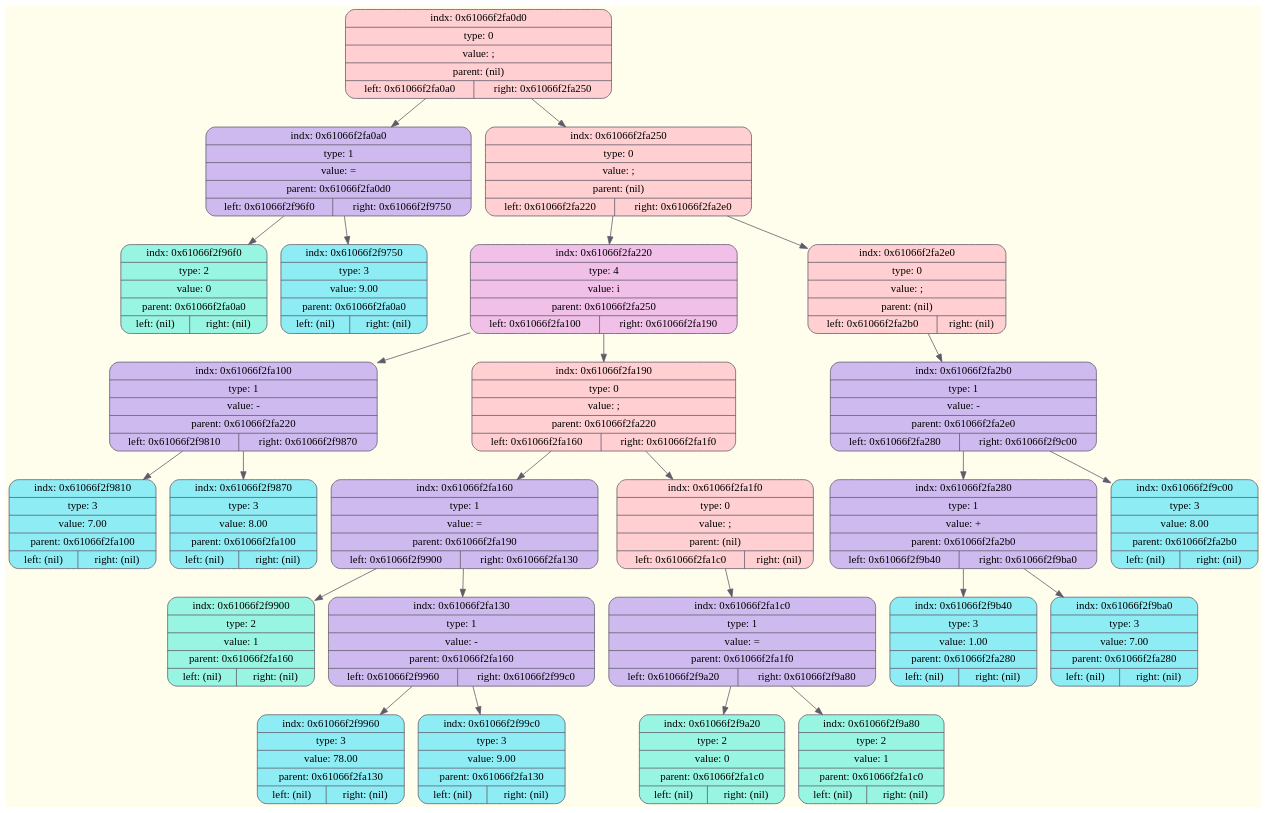
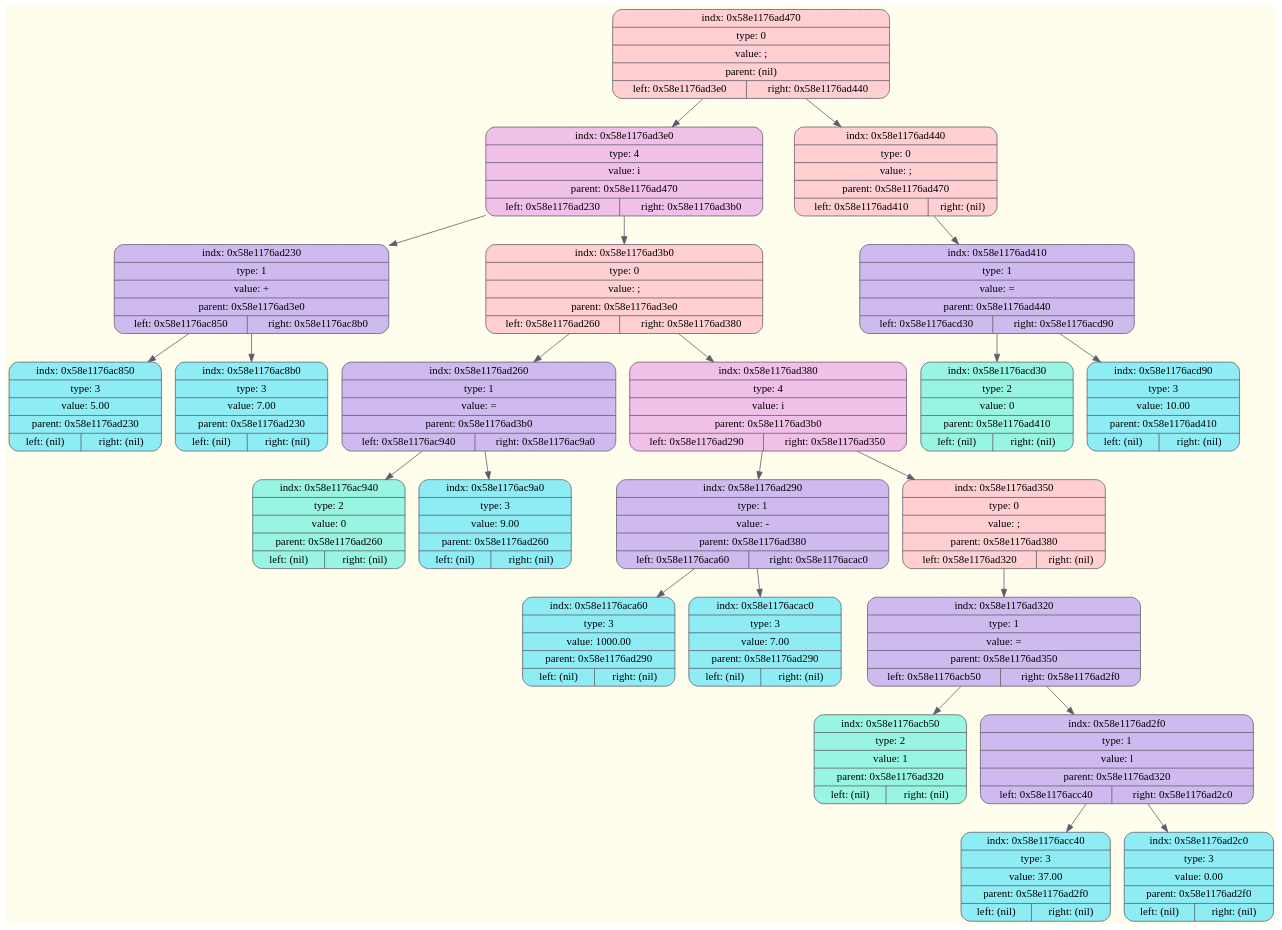
Before and after one commit to ksshkh/language: the diagram in frontend/debug/tree.dot, drawn with Graphviz. The commit also changed 6 other files, not shown here.

```diff
--- a/frontend/debug/tree.dot
+++ b/frontend/debug/tree.dot
@@ -1,55 +1,51 @@
 digraph Tree {
 	rankdir = TB;
 	node [shape = record];
 	edge [color = "#5F5B6A"];
 	bgcolor = "#FFFEEC";
-	node0x61066f2fa0d0 [color = "#5F5B6A", shape = Mrecord, style = filled, fillcolor = "#FFCFD2", label = "{indx: 0x61066f2fa0d0 | type: 0 | value: ; | parent: (nil) | { left: 0x61066f2fa0a0 | right: 0x61066f2fa250}}"];
-		node0x61066f2fa0d0 -> node0x61066f2fa0a0
-	node0x61066f2fa0a0 [color = "#5F5B6A", shape = Mrecord, style = filled, fillcolor = "#CFBAF0", label = "{indx: 0x61066f2fa0a0 | type: 1 | value: = | parent: 0x61066f2fa0d0 | { left: 0x61066f2f96f0 | right: 0x61066f2f9750}}"];
-		node0x61066f2fa0a0 -> node0x61066f2f96f0
-	node0x61066f2f96f0 [color = "#5F5B6A", shape = Mrecord, style = filled, fillcolor = "#98F5E1", label = "{indx: 0x61066f2f96f0 | type: 2 | value: 0 | parent: 0x61066f2fa0a0 | { left: (nil) | right: (nil)}}"];
-		node0x61066f2fa0a0 -> node0x61066f2f9750
-	node0x61066f2f9750 [color = "#5F5B6A", shape = Mrecord, style = filled, fillcolor = "#8EECF5", label = "{indx: 0x61066f2f9750 | type: 3 | value: 9.00 | parent: 0x61066f2fa0a0 | { left: (nil) | right: (nil)}}"];
-		node0x61066f2fa0d0 -> node0x61066f2fa250
-	node0x61066f2fa250 [color = "#5F5B6A", shape = Mrecord, style = filled, fillcolor = "#FFCFD2", label = "{indx: 0x61066f2fa250 | type: 0 | value: ; | parent: (nil) | { left: 0x61066f2fa220 | right: 0x61066f2fa2e0}}"];
-		node0x61066f2fa250 -> node0x61066f2fa220
-	node0x61066f2fa220 [color = "#5F5B6A", shape = Mrecord, style = filled, fillcolor = "#F1C0E8", label = "{indx: 0x61066f2fa220 | type: 4 | value: i | parent: 0x61066f2fa250 | { left: 0x61066f2fa100 | right: 0x61066f2fa190}}"];
-		node0x61066f2fa220 -> node0x61066f2fa100
-	node0x61066f2fa100 [color = "#5F5B6A", shape = Mrecord, style = filled, fillcolor = "#CFBAF0", label = "{indx: 0x61066f2fa100 | type: 1 | value: - | parent: 0x61066f2fa220 | { left: 0x61066f2f9810 | right: 0x61066f2f9870}}"];
-		node0x61066f2fa100 -> node0x61066f2f9810
-	node0x61066f2f9810 [color = "#5F5B6A", shape = Mrecord, style = filled, fillcolor = "#8EECF5", label = "{indx: 0x61066f2f9810 | type: 3 | value: 7.00 | parent: 0x61066f2fa100 | { left: (nil) | right: (nil)}}"];
-		node0x61066f2fa100 -> node0x61066f2f9870
-	node0x61066f2f9870 [color = "#5F5B6A", shape = Mrecord, style = filled, fillcolor = "#8EECF5", label = "{indx: 0x61066f2f9870 | type: 3 | value: 8.00 | parent: 0x61066f2fa100 | { left: (nil) | right: (nil)}}"];
-		node0x61066f2fa220 -> node0x61066f2fa190
-	node0x61066f2fa190 [color = "#5F5B6A", shape = Mrecord, style = filled, fillcolor = "#FFCFD2", label = "{indx: 0x61066f2fa190 | type: 0 | value: ; | parent: 0x61066f2fa220 | { left: 0x61066f2fa160 | right: 0x61066f2fa1f0}}"];
-		node0x61066f2fa190 -> node0x61066f2fa160
-	node0x61066f2fa160 [color = "#5F5B6A", shape = Mrecord, style = filled, fillcolor = "#CFBAF0", label = "{indx: 0x61066f2fa160 | type: 1 | value: = | parent: 0x61066f2fa190 | { left: 0x61066f2f9900 | right: 0x61066f2fa130}}"];
-		node0x61066f2fa160 -> node0x61066f2f9900
-	node0x61066f2f9900 [color = "#5F5B6A", shape = Mrecord, style = filled, fillcolor = "#98F5E1", label = "{indx: 0x61066f2f9900 | type: 2 | value: 1 | parent: 0x61066f2fa160 | { left: (nil) | right: (nil)}}"];
-		node0x61066f2fa160 -> node0x61066f2fa130
-	node0x61066f2fa130 [color = "#5F5B6A", shape = Mrecord, style = filled, fillcolor = "#CFBAF0", label = "{indx: 0x61066f2fa130 | type: 1 | value: - | parent: 0x61066f2fa160 | { left: 0x61066f2f9960 | right: 0x61066f2f99c0}}"];
-		node0x61066f2fa130 -> node0x61066f2f9960
-	node0x61066f2f9960 [color = "#5F5B6A", shape = Mrecord, style = filled, fillcolor = "#8EECF5", label = "{indx: 0x61066f2f9960 | type: 3 | value: 78.00 | parent: 0x61066f2fa130 | { left: (nil) | right: (nil)}}"];
-		node0x61066f2fa130 -> node0x61066f2f99c0
-	node0x61066f2f99c0 [color = "#5F5B6A", shape = Mrecord, style = filled, fillcolor = "#8EECF5", label = "{indx: 0x61066f2f99c0 | type: 3 | value: 9.00 | parent: 0x61066f2fa130 | { left: (nil) | right: (nil)}}"];
-		node0x61066f2fa190 -> node0x61066f2fa1f0
-	node0x61066f2fa1f0 [color = "#5F5B6A", shape = Mrecord, style = filled, fillcolor = "#FFCFD2", label = "{indx: 0x61066f2fa1f0 | type: 0 | value: ; | parent: (nil) | { left: 0x61066f2fa1c0 | right: (nil)}}"];
-		node0x61066f2fa1f0 -> node0x61066f2fa1c0
-	node0x61066f2fa1c0 [color = "#5F5B6A", shape = Mrecord, style = filled, fillcolor = "#CFBAF0", label = "{indx: 0x61066f2fa1c0 | type: 1 | value: = | parent: 0x61066f2fa1f0 | { left: 0x61066f2f9a20 | right: 0x61066f2f9a80}}"];
-		node0x61066f2fa1c0 -> node0x61066f2f9a20
-	node0x61066f2f9a20 [color = "#5F5B6A", shape = Mrecord, style = filled, fillcolor = "#98F5E1", label = "{indx: 0x61066f2f9a20 | type: 2 | value: 0 | parent: 0x61066f2fa1c0 | { left: (nil) | right: (nil)}}"];
-		node0x61066f2fa1c0 -> node0x61066f2f9a80
-	node0x61066f2f9a80 [color = "#5F5B6A", shape = Mrecord, style = filled, fillcolor = "#98F5E1", label = "{indx: 0x61066f2f9a80 | type: 2 | value: 1 | parent: 0x61066f2fa1c0 | { left: (nil) | right: (nil)}}"];
-		node0x61066f2fa250 -> node0x61066f2fa2e0
-	node0x61066f2fa2e0 [color = "#5F5B6A", shape = Mrecord, style = filled, fillcolor = "#FFCFD2", label = "{indx: 0x61066f2fa2e0 | type: 0 | value: ; | parent: (nil) | { left: 0x61066f2fa2b0 | right: (nil)}}"];
-		node0x61066f2fa2e0 -> node0x61066f2fa2b0
-	node0x61066f2fa2b0 [color = "#5F5B6A", shape = Mrecord, style = filled, fillcolor = "#CFBAF0", label = "{indx: 0x61066f2fa2b0 | type: 1 | value: - | parent: 0x61066f2fa2e0 | { left: 0x61066f2fa280 | right: 0x61066f2f9c00}}"];
-		node0x61066f2fa2b0 -> node0x61066f2fa280
-	node0x61066f2fa280 [color = "#5F5B6A", shape = Mrecord, style = filled, fillcolor = "#CFBAF0", label = "{indx: 0x61066f2fa280 | type: 1 | value: + | parent: 0x61066f2fa2b0 | { left: 0x61066f2f9b40 | right: 0x61066f2f9ba0}}"];
-		node0x61066f2fa280 -> node0x61066f2f9b40
-	node0x61066f2f9b40 [color = "#5F5B6A", shape = Mrecord, style = filled, fillcolor = "#8EECF5", label = "{indx: 0x61066f2f9b40 | type: 3 | value: 1.00 | parent: 0x61066f2fa280 | { left: (nil) | right: (nil)}}"];
-		node0x61066f2fa280 -> node0x61066f2f9ba0
-	node0x61066f2f9ba0 [color = "#5F5B6A", shape = Mrecord, style = filled, fillcolor = "#8EECF5", label = "{indx: 0x61066f2f9ba0 | type: 3 | value: 7.00 | parent: 0x61066f2fa280 | { left: (nil) | right: (nil)}}"];
-		node0x61066f2fa2b0 -> node0x61066f2f9c00
-	node0x61066f2f9c00 [color = "#5F5B6A", shape = Mrecord, style = filled, fillcolor = "#8EECF5", label = "{indx: 0x61066f2f9c00 | type: 3 | value: 8.00 | parent: 0x61066f2fa2b0 | { left: (nil) | right: (nil)}}"];
+	node0x58e1176ad470 [color = "#5F5B6A", shape = Mrecord, style = filled, fillcolor = "#FFCFD2", label = "{indx: 0x58e1176ad470 | type: 0 | value: ; | parent: (nil) | { left: 0x58e1176ad3e0 | right: 0x58e1176ad440}}"];
+		node0x58e1176ad470 -> node0x58e1176ad3e0
+	node0x58e1176ad3e0 [color = "#5F5B6A", shape = Mrecord, style = filled, fillcolor = "#F1C0E8", label = "{indx: 0x58e1176ad3e0 | type: 4 | value: i | parent: 0x58e1176ad470 | { left: 0x58e1176ad230 | right: 0x58e1176ad3b0}}"];
+		node0x58e1176ad3e0 -> node0x58e1176ad230
+	node0x58e1176ad230 [color = "#5F5B6A", shape = Mrecord, style = filled, fillcolor = "#CFBAF0", label = "{indx: 0x58e1176ad230 | type: 1 | value: + | parent: 0x58e1176ad3e0 | { left: 0x58e1176ac850 | right: 0x58e1176ac8b0}}"];
+		node0x58e1176ad230 -> node0x58e1176ac850
+	node0x58e1176ac850 [color = "#5F5B6A", shape = Mrecord, style = filled, fillcolor = "#8EECF5", label = "{indx: 0x58e1176ac850 | type: 3 | value: 5.00 | parent: 0x58e1176ad230 | { left: (nil) | right: (nil)}}"];
+		node0x58e1176ad230 -> node0x58e1176ac8b0
+	node0x58e1176ac8b0 [color = "#5F5B6A", shape = Mrecord, style = filled, fillcolor = "#8EECF5", label = "{indx: 0x58e1176ac8b0 | type: 3 | value: 7.00 | parent: 0x58e1176ad230 | { left: (nil) | right: (nil)}}"];
+		node0x58e1176ad3e0 -> node0x58e1176ad3b0
+	node0x58e1176ad3b0 [color = "#5F5B6A", shape = Mrecord, style = filled, fillcolor = "#FFCFD2", label = "{indx: 0x58e1176ad3b0 | type: 0 | value: ; | parent: 0x58e1176ad3e0 | { left: 0x58e1176ad260 | right: 0x58e1176ad380}}"];
+		node0x58e1176ad3b0 -> node0x58e1176ad260
+	node0x58e1176ad260 [color = "#5F5B6A", shape = Mrecord, style = filled, fillcolor = "#CFBAF0", label = "{indx: 0x58e1176ad260 | type: 1 | value: = | parent: 0x58e1176ad3b0 | { left: 0x58e1176ac940 | right: 0x58e1176ac9a0}}"];
+		node0x58e1176ad260 -> node0x58e1176ac940
+	node0x58e1176ac940 [color = "#5F5B6A", shape = Mrecord, style = filled, fillcolor = "#98F5E1", label = "{indx: 0x58e1176ac940 | type: 2 | value: 0 | parent: 0x58e1176ad260 | { left: (nil) | right: (nil)}}"];
+		node0x58e1176ad260 -> node0x58e1176ac9a0
+	node0x58e1176ac9a0 [color = "#5F5B6A", shape = Mrecord, style = filled, fillcolor = "#8EECF5", label = "{indx: 0x58e1176ac9a0 | type: 3 | value: 9.00 | parent: 0x58e1176ad260 | { left: (nil) | right: (nil)}}"];
+		node0x58e1176ad3b0 -> node0x58e1176ad380
+	node0x58e1176ad380 [color = "#5F5B6A", shape = Mrecord, style = filled, fillcolor = "#F1C0E8", label = "{indx: 0x58e1176ad380 | type: 4 | value: i | parent: 0x58e1176ad3b0 | { left: 0x58e1176ad290 | right: 0x58e1176ad350}}"];
+		node0x58e1176ad380 -> node0x58e1176ad290
+	node0x58e1176ad290 [color = "#5F5B6A", shape = Mrecord, style = filled, fillcolor = "#CFBAF0", label = "{indx: 0x58e1176ad290 | type: 1 | value: - | parent: 0x58e1176ad380 | { left: 0x58e1176aca60 | right: 0x58e1176acac0}}"];
+		node0x58e1176ad290 -> node0x58e1176aca60
+	node0x58e1176aca60 [color = "#5F5B6A", shape = Mrecord, style = filled, fillcolor = "#8EECF5", label = "{indx: 0x58e1176aca60 | type: 3 | value: 1000.00 | parent: 0x58e1176ad290 | { left: (nil) | right: (nil)}}"];
+		node0x58e1176ad290 -> node0x58e1176acac0
+	node0x58e1176acac0 [color = "#5F5B6A", shape = Mrecord, style = filled, fillcolor = "#8EECF5", label = "{indx: 0x58e1176acac0 | type: 3 | value: 7.00 | parent: 0x58e1176ad290 | { left: (nil) | right: (nil)}}"];
+		node0x58e1176ad380 -> node0x58e1176ad350
+	node0x58e1176ad350 [color = "#5F5B6A", shape = Mrecord, style = filled, fillcolor = "#FFCFD2", label = "{indx: 0x58e1176ad350 | type: 0 | value: ; | parent: 0x58e1176ad380 | { left: 0x58e1176ad320 | right: (nil)}}"];
+		node0x58e1176ad350 -> node0x58e1176ad320
+	node0x58e1176ad320 [color = "#5F5B6A", shape = Mrecord, style = filled, fillcolor = "#CFBAF0", label = "{indx: 0x58e1176ad320 | type: 1 | value: = | parent: 0x58e1176ad350 | { left: 0x58e1176acb50 | right: 0x58e1176ad2f0}}"];
+		node0x58e1176ad320 -> node0x58e1176acb50
+	node0x58e1176acb50 [color = "#5F5B6A", shape = Mrecord, style = filled, fillcolor = "#98F5E1", label = "{indx: 0x58e1176acb50 | type: 2 | value: 1 | parent: 0x58e1176ad320 | { left: (nil) | right: (nil)}}"];
+		node0x58e1176ad320 -> node0x58e1176ad2f0
+	node0x58e1176ad2f0 [color = "#5F5B6A", shape = Mrecord, style = filled, fillcolor = "#CFBAF0", label = "{indx: 0x58e1176ad2f0 | type: 1 | value: l | parent: 0x58e1176ad320 | { left: 0x58e1176acc40 | right: 0x58e1176ad2c0}}"];
+		node0x58e1176ad2f0 -> node0x58e1176acc40
+	node0x58e1176acc40 [color = "#5F5B6A", shape = Mrecord, style = filled, fillcolor = "#8EECF5", label = "{indx: 0x58e1176acc40 | type: 3 | value: 37.00 | parent: 0x58e1176ad2f0 | { left: (nil) | right: (nil)}}"];
+		node0x58e1176ad2f0 -> node0x58e1176ad2c0
+	node0x58e1176ad2c0 [color = "#5F5B6A", shape = Mrecord, style = filled, fillcolor = "#8EECF5", label = "{indx: 0x58e1176ad2c0 | type: 3 | value: 0.00 | parent: 0x58e1176ad2f0 | { left: (nil) | right: (nil)}}"];
+		node0x58e1176ad470 -> node0x58e1176ad440
+	node0x58e1176ad440 [color = "#5F5B6A", shape = Mrecord, style = filled, fillcolor = "#FFCFD2", label = "{indx: 0x58e1176ad440 | type: 0 | value: ; | parent: 0x58e1176ad470 | { left: 0x58e1176ad410 | right: (nil)}}"];
+		node0x58e1176ad440 -> node0x58e1176ad410
+	node0x58e1176ad410 [color = "#5F5B6A", shape = Mrecord, style = filled, fillcolor = "#CFBAF0", label = "{indx: 0x58e1176ad410 | type: 1 | value: = | parent: 0x58e1176ad440 | { left: 0x58e1176acd30 | right: 0x58e1176acd90}}"];
+		node0x58e1176ad410 -> node0x58e1176acd30
+	node0x58e1176acd30 [color = "#5F5B6A", shape = Mrecord, style = filled, fillcolor = "#98F5E1", label = "{indx: 0x58e1176acd30 | type: 2 | value: 0 | parent: 0x58e1176ad410 | { left: (nil) | right: (nil)}}"];
+		node0x58e1176ad410 -> node0x58e1176acd90
+	node0x58e1176acd90 [color = "#5F5B6A", shape = Mrecord, style = filled, fillcolor = "#8EECF5", label = "{indx: 0x58e1176acd90 | type: 3 | value: 10.00 | parent: 0x58e1176ad410 | { left: (nil) | right: (nil)}}"];
 }
```
